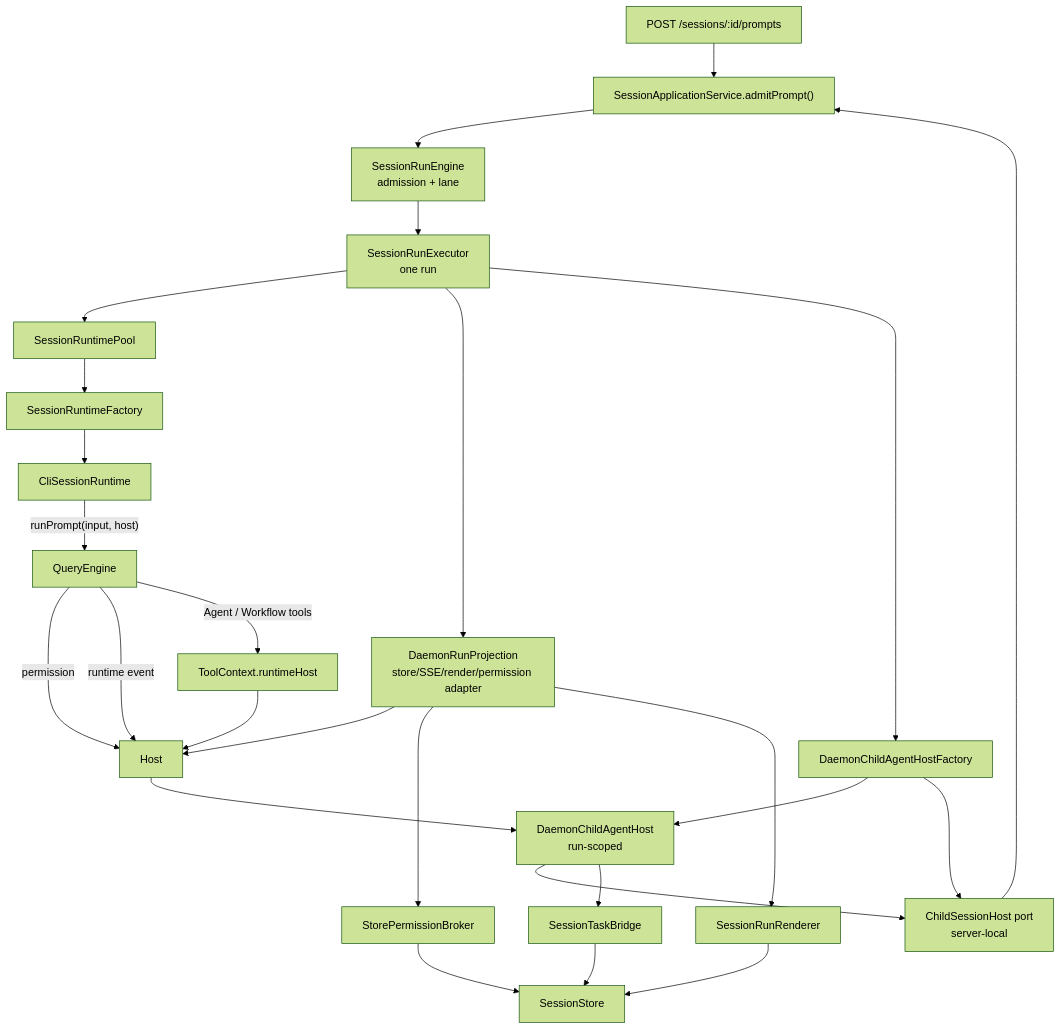
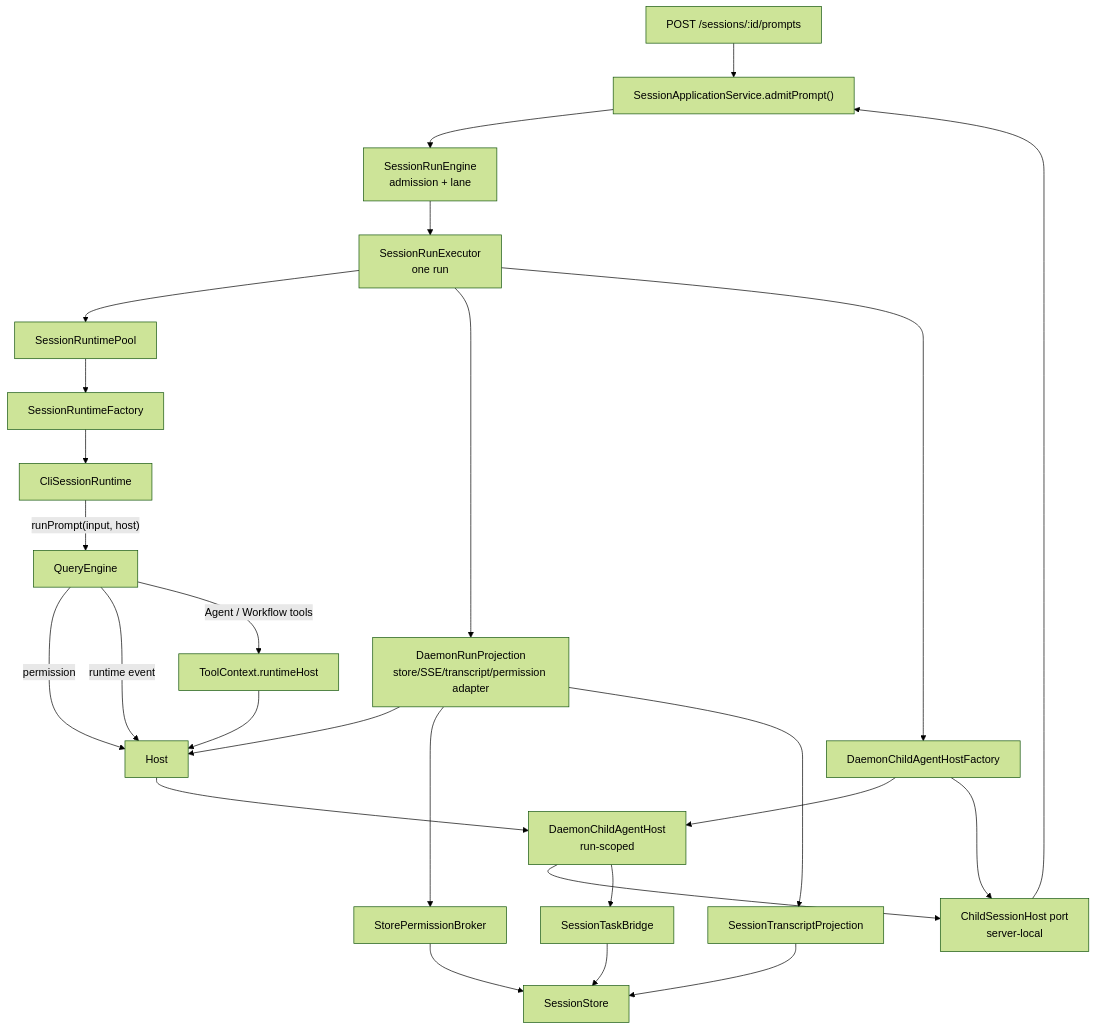
One commit to rzx007/openharness-ts changed the third of 3 diagrams in docs/runtime-host-port-design.md. Above: the diagram before and after it, drawn with Mermaid (forest theme). The commit also changed other lines of this file and 5 other files, not shown here.

Commit message:
docs(daemon): document transcript projection boundary

````diff
--- a/docs/runtime-host-port-design.md
+++ b/docs/runtime-host-port-design.md
@@ -192,28 +192,28 @@
 ```mermaid
 flowchart TD
   Route["POST /sessions/:id/prompts"] --> App["SessionApplicationService.admitPrompt()"]
   App --> Engine["SessionRunEngine<br/>admission + lane"]
   Engine --> Executor["SessionRunExecutor<br/>one run"]
   Executor --> Pool["SessionRuntimePool"]
   Pool --> Factory["SessionRuntimeFactory"]
   Factory --> Runtime["CliSessionRuntime"]
-  Executor --> Projection["DaemonRunProjection<br/>store/SSE/render/permission adapter"]
+  Executor --> Projection["DaemonRunProjection<br/>store/SSE/transcript/permission adapter"]
   Projection --> Host
   Runtime -->|"runPrompt(input, host)"| QueryEngine["QueryEngine"]
   Executor --> ChildFactory["DaemonChildAgentHostFactory"]
   ChildFactory --> ChildAgentHost["DaemonChildAgentHost<br/>run-scoped"]
   QueryEngine -->|"permission"| Host
   QueryEngine -->|"runtime event"| Host
   QueryEngine -->|"Agent / Workflow tools"| ToolHost["ToolContext.runtimeHost"]
   ToolHost --> Host
   Host --> ChildAgentHost
   ChildFactory --> ChildSessionPort["ChildSessionHost port<br/>server-local"]
   ChildAgentHost --> ChildSessionPort
   ChildAgentHost --> TaskBridge["SessionTaskBridge"]
   ChildSessionPort --> App
   TaskBridge --> Store["SessionStore"]
   Projection --> PermissionBroker["StorePermissionBroker"]
   PermissionBroker --> Store
-  Projection --> Renderer["SessionRunRenderer"]
-  Renderer --> Store
+  Projection --> Transcript["SessionTranscriptProjection"]
+  Transcript --> Store
 ```
````
